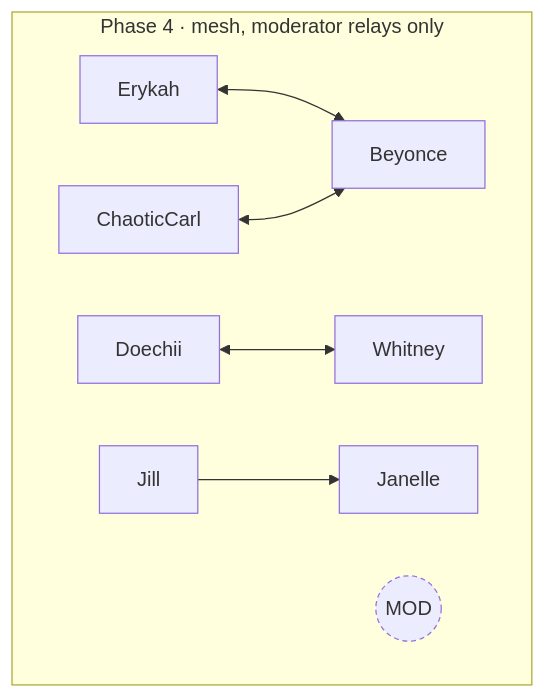
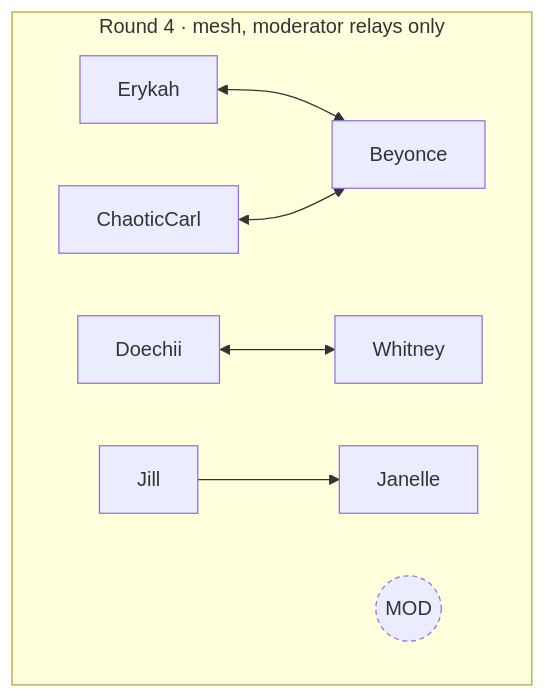
Before and after one commit to bgreg/moe-peer-review: the third of 4 diagrams in docs/conversations.md, drawn with Mermaid. The commit also changed other lines of this file and 2 other files, not shown here.

````diff
--- a/docs/conversations.md
+++ b/docs/conversations.md
@@ -37,12 +49,12 @@
 ```mermaid
 flowchart LR
-    subgraph four["Phase 4 · mesh, moderator relays only"]
+    subgraph four["Round 4 · mesh, moderator relays only"]
         direction LR
         E["Erykah"] <--> B["Beyonce"]
         D["Doechii"] <--> W["Whitney"]
         C["ChaoticCarl"] <--> B
         J["Jill"] --> JM["Janelle"]
         M3(("MOD")):::faded
     end
     classDef faded stroke-dasharray: 4 3
 ```
````
